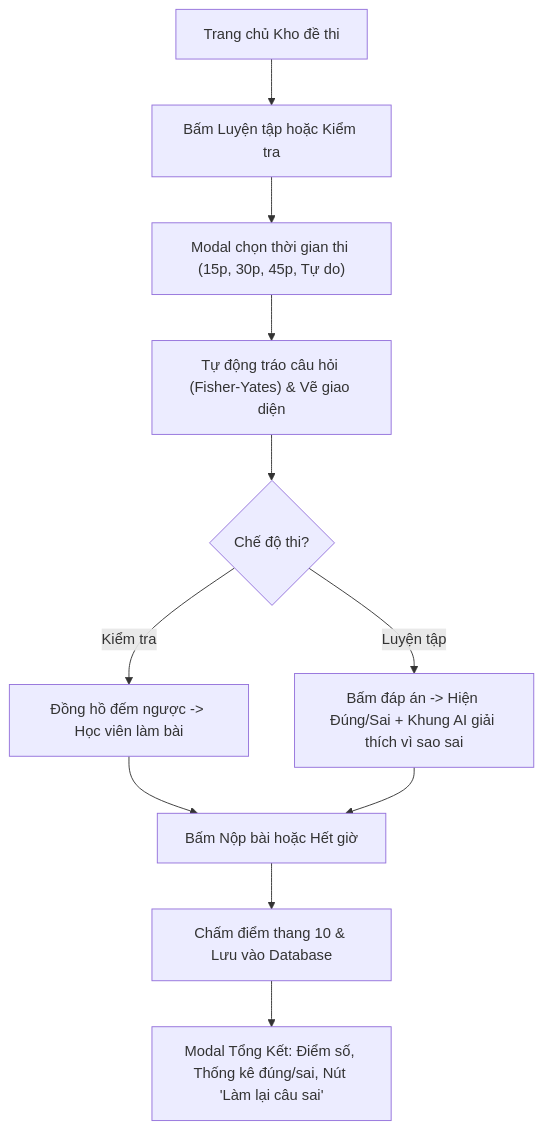
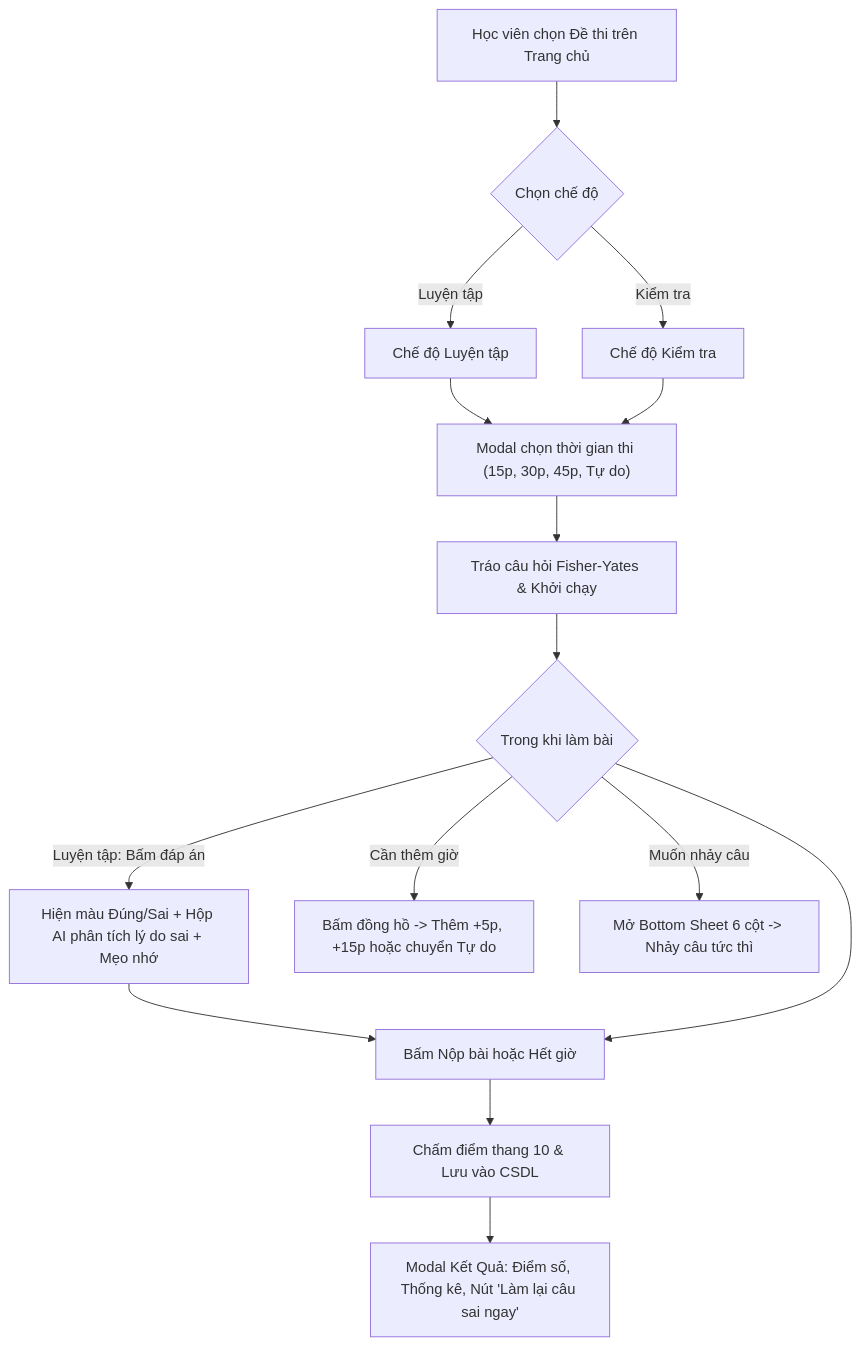
The third of 5 diagrams in README.md (PhucPhanHT/Tracnghiemfree), drawn with Mermaid before and after one commit. The commit also changed other lines of this file and 1 other file, not shown here.

````diff
--- a/README.md
+++ b/README.md
@@ -215,13 +227,18 @@
 ```mermaid
 flowchart TD
-    A["Trang chủ Kho đề thi"] --> B["Bấm Luyện tập hoặc Kiểm tra"]
-    B --> C["Modal chọn thời gian thi (15p, 30p, 45p, Tự do)"]
-    C --> D["Tự động tráo câu hỏi (Fisher-Yates) & Vẽ giao diện"]
-    D --> E{"Chế độ thi?"}
-    E -->|"Luyện tập"| F["Bấm đáp án -> Hiện Đúng/Sai + Khung AI giải thích vì sao sai"]
-    E -->|"Kiểm tra"| G["Đồng hồ đếm ngược -> Học viên làm bài"]
-    G --> H["Bấm Nộp bài hoặc Hết giờ"]
-    F --> H
-    H --> I["Chấm điểm thang 10 & Lưu vào Database"]
-    I --> J["Modal Tổng Kết: Điểm số, Thống kê đúng/sai, Nút 'Làm lại câu sai'"]
+    Start["Học viên chọn Đề thi trên Trang chủ"] --> SelectMode{"Chọn chế độ"}
+    SelectMode -->|"Luyện tập"| ModePractice["Chế độ Luyện tập"]
+    SelectMode -->|"Kiểm tra"| ModeExam["Chế độ Kiểm tra"]
+    
+    ModePractice & ModeExam --> TimeModal["Modal chọn thời gian thi (15p, 30p, 45p, Tự do)"]
+    TimeModal --> InitExam["Tráo câu hỏi Fisher-Yates & Khởi chạy"]
+    
+    InitExam --> Running{"Trong khi làm bài"}
+    Running -->|"Luyện tập: Bấm đáp án"| ShowFeedback["Hiện màu Đúng/Sai + Hộp AI phân tích lý do sai + Mẹo nhớ"]
+    Running -->|"Cần thêm giờ"| AddTime["Bấm đồng hồ -> Thêm +5p, +15p hoặc chuyển Tự do"]
+    Running -->|"Muốn nhảy câu"| OpenPalette["Mở Bottom Sheet 6 cột -> Nhảy câu tức thì"]
+    
+    ShowFeedback & Running --> Submit["Bấm Nộp bài hoặc Hết giờ"]
+    Submit --> CalcScore["Chấm điểm thang 10 & Lưu vào CSDL"]
+    CalcScore --> ResultModal["Modal Kết Quả: Điểm số, Thống kê, Nút 'Làm lại câu sai ngay'"]
 ```
````
